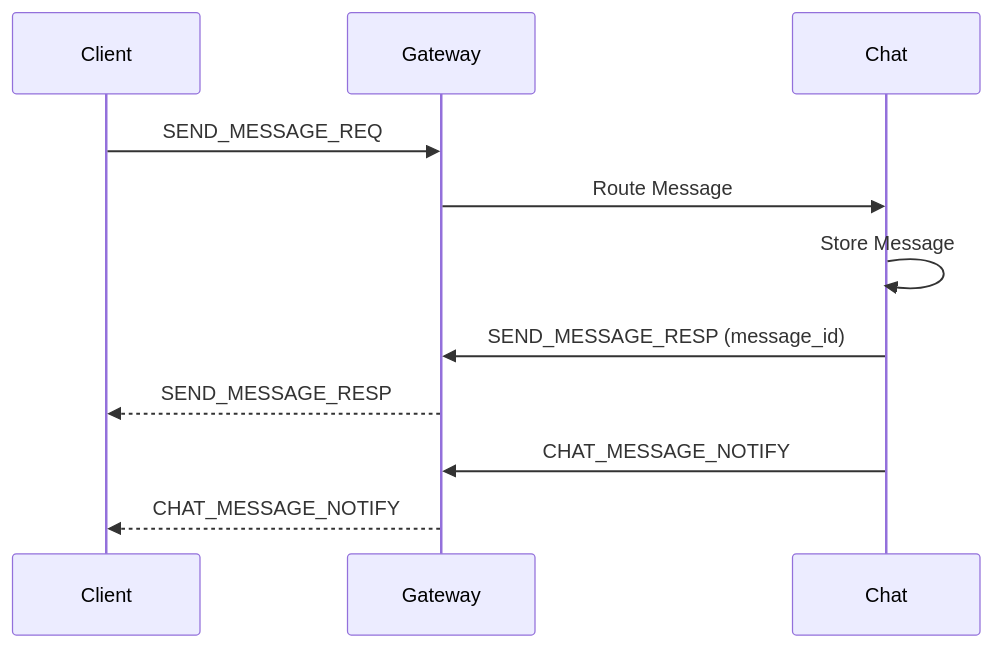
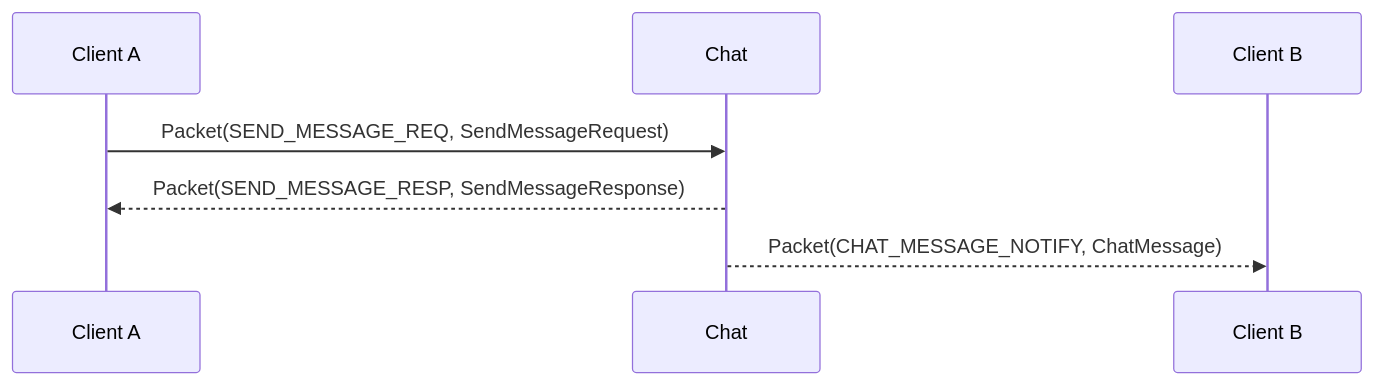
The third of 3 diagrams in docs/api/overview.md (cuihairu/chirp), drawn with Mermaid before and after one commit. The commit also changed other lines of this file and 18 other files, not shown here.

Commit message:
docs: align architecture and capability docs

````diff
--- a/docs/api/overview.md
+++ b/docs/api/overview.md
@@ -106,14 +122,10 @@
 ```mermaid
 sequenceDiagram
-    participant C as Client
-    participant G as Gateway
+    participant A as Client A
     participant S as Chat
+    participant B as Client B
 
-    C->>G: SEND_MESSAGE_REQ
-    G->>S: Route Message
-    S->>S: Store Message
-    S->>G: SEND_MESSAGE_RESP (message_id)
-    G-->>C: SEND_MESSAGE_RESP
-    S->>G: CHAT_MESSAGE_NOTIFY
-    G-->>C: CHAT_MESSAGE_NOTIFY
+    A->>S: Packet(SEND_MESSAGE_REQ, SendMessageRequest)
+    S-->>A: Packet(SEND_MESSAGE_RESP, SendMessageResponse)
+    S-->>B: Packet(CHAT_MESSAGE_NOTIFY, ChatMessage)
 ```
````
